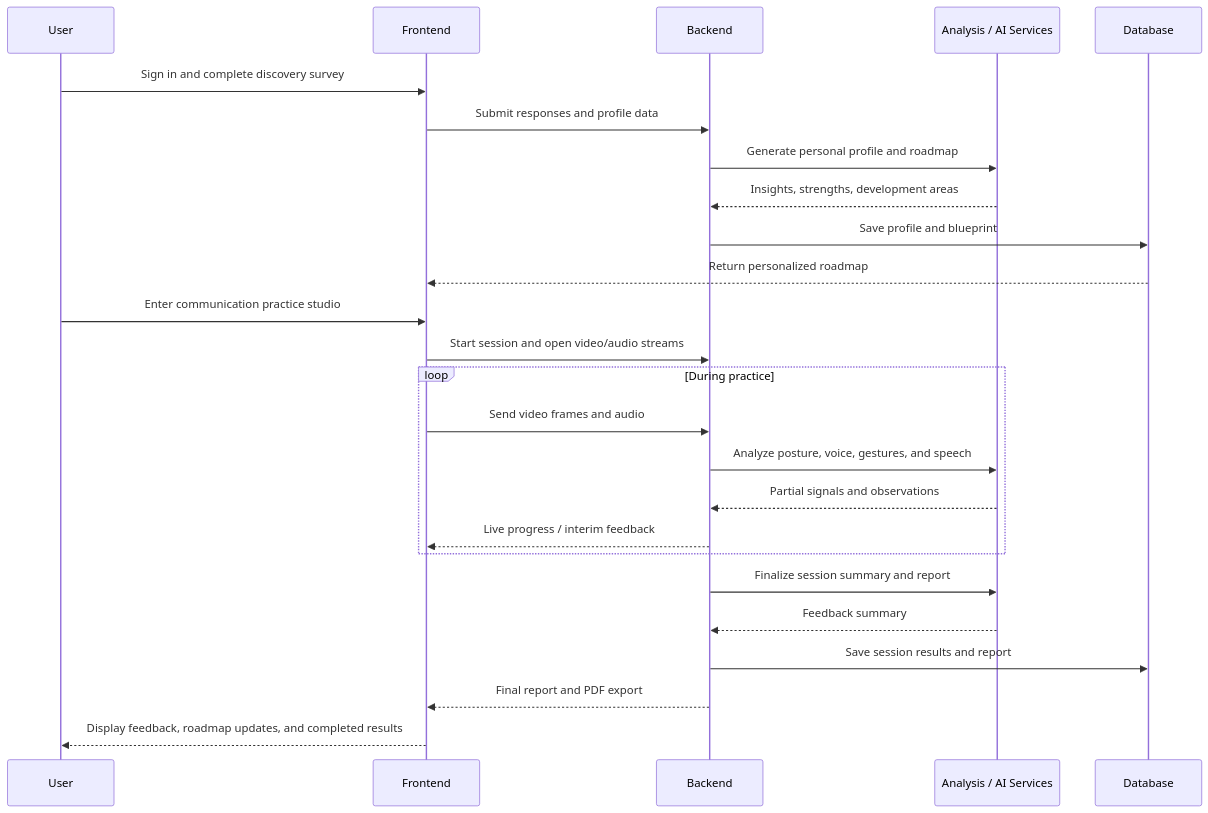
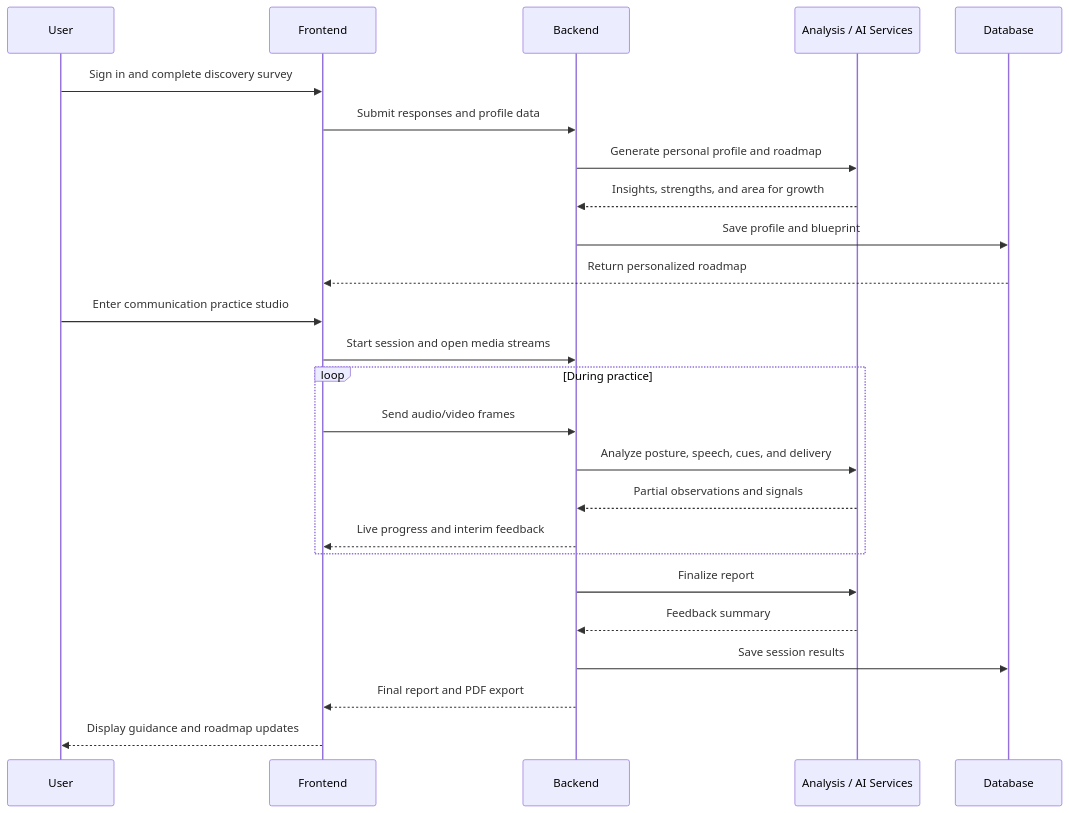
Before and after one commit to logiclayer0/PERSONA_PRIME: the second of 2 diagrams in README.md, drawn with Mermaid. The commit also changed other lines of this file, not shown here.

Commit message:
docs: refresh README with polished GitHub styling, badges, Mermaid, LaTeX, alerts, collapsible sections, and keyboard shortcut formatting

````diff
--- a/README.md
+++ b/README.md
@@ -81,29 +93,29 @@
 ```mermaid
 sequenceDiagram
-  participant U as User
-  participant F as Frontend
-  participant B as Backend
-  participant A as Analysis / AI Services
-  participant D as Database
+    participant U as User
+    participant F as Frontend
+    participant B as Backend
+    participant A as Analysis / AI Services
+    participant D as Database
 
-  U->>F: Sign in and complete discovery survey
-  F->>B: Submit responses and profile data
-  B->>A: Generate personal profile and roadmap
-  A-->>B: Insights, strengths, development areas
-  B->>D: Save profile and blueprint
-  D-->>F: Return personalized roadmap
+    U->>F: Sign in and complete discovery survey
+    F->>B: Submit responses and profile data
+    B->>A: Generate personal profile and roadmap
+    A-->>B: Insights, strengths, and area for growth
+    B->>D: Save profile and blueprint
+    D-->>F: Return personalized roadmap
 
-  U->>F: Enter communication practice studio
-  F->>B: Start session and open video/audio streams
-  loop During practice
-    F->>B: Send video frames and audio
-    B->>A: Analyze posture, voice, gestures, and speech
-    A-->>B: Partial signals and observations
-    B-->>F: Live progress / interim feedback
-  end
-  B->>A: Finalize session summary and report
-  A-->>B: Feedback summary
-  B->>D: Save session results and report
-  B-->>F: Final report and PDF export
-  F-->>U: Display feedback, roadmap updates, and completed results
+    U->>F: Enter communication practice studio
+    F->>B: Start session and open media streams
+    loop During practice
+      F->>B: Send audio/video frames
+      B->>A: Analyze posture, speech, cues, and delivery
+      A-->>B: Partial observations and signals
+      B-->>F: Live progress and interim feedback
+    end
+    B->>A: Finalize report
+    A-->>B: Feedback summary
+    B->>D: Save session results
+    B-->>F: Final report and PDF export
+    F-->>U: Display guidance and roadmap updates
 ```
````
